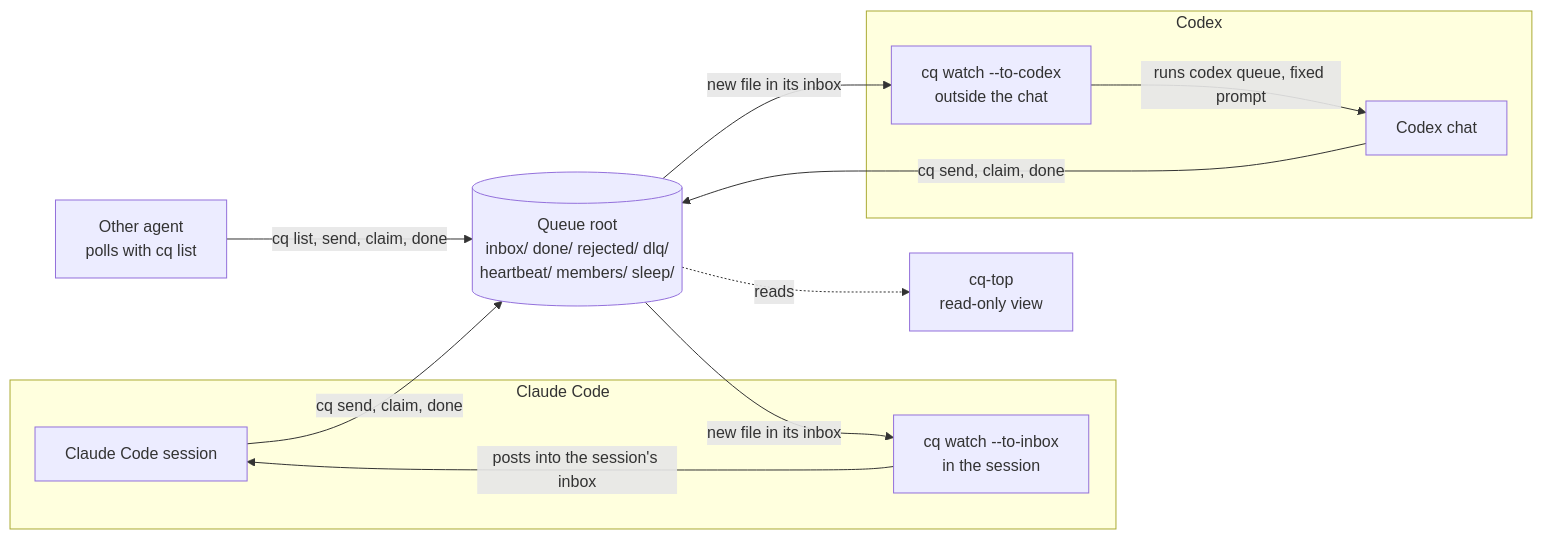
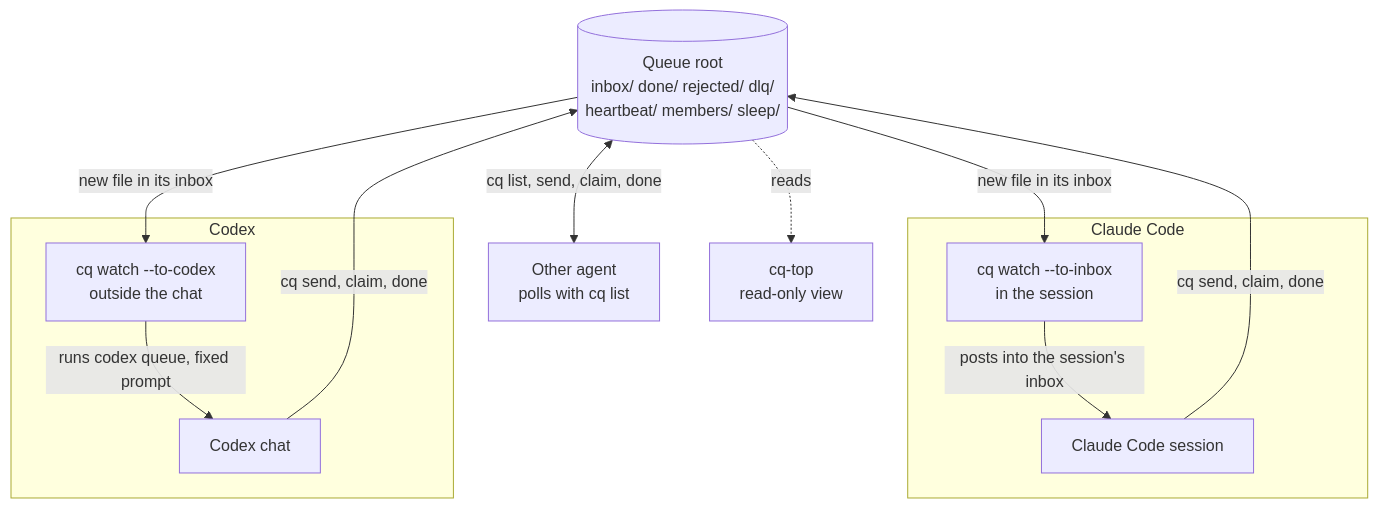
Before and after one commit to niklasrichardson/session-queue: the diagram in README.md, drawn with Mermaid.

Commit message:
Lay out the README diagram as two agent columns under the queue root

````diff
--- a/README.md
+++ b/README.md
@@ -14,23 +14,26 @@
 ```mermaid
-flowchart LR
+flowchart TB
+    R[("Queue root<br/>inbox/ done/ rejected/ dlq/<br/>heartbeat/ members/ sleep/")]
+
     subgraph claude["Claude Code"]
+        WI["cq watch --to-inbox<br/>in the session"]
         CC["Claude Code session"]
-        WI["cq watch --to-inbox<br/>in the session"]
+        WI -->|"posts into the session's inbox"| CC
     end
-    R[("Queue root<br/>inbox/ done/ rejected/ dlq/<br/>heartbeat/ members/ sleep/")]
+
     subgraph codex["Codex"]
+        WC["cq watch --to-codex<br/>outside the chat"]
         CX["Codex chat"]
-        WC["cq watch --to-codex<br/>outside the chat"]
+        WC -->|"runs codex queue, fixed prompt"| CX
     end
+
     OA["Other agent<br/>polls with cq list"]
     TOP["cq-top<br/>read-only view"]
 
+    R -->|"new file in its inbox"| WI
+    R -->|"new file in its inbox"| WC
     CC -->|"cq send, claim, done"| R
     CX -->|"cq send, claim, done"| R
-    OA -->|"cq list, send, claim, done"| R
-    R -->|"new file in its inbox"| WI
-    R -->|"new file in its inbox"| WC
-    WI -->|"posts into the session's inbox"| CC
-    WC -->|"runs codex queue, fixed prompt"| CX
+    R <-->|"cq list, send, claim, done"| OA
     R -.->|"reads"| TOP
 ```
````
